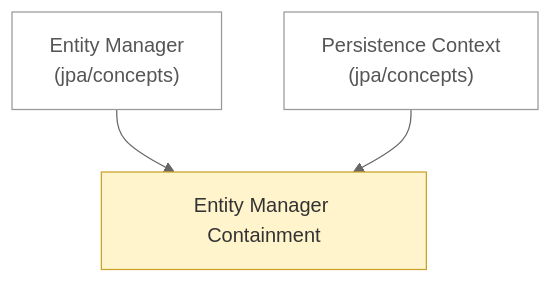
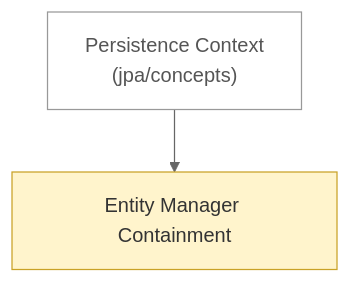
Before and after one commit to Pizza-Mozzarella/self-learning: the diagram in notes/backend/jpa/architecture/README.md, drawn with Mermaid (neutral theme). The commit also changed other lines of this file and 13 other files, not shown here.

````diff
--- a/notes/backend/jpa/architecture/README.md
+++ b/notes/backend/jpa/architecture/README.md
@@ -6,12 +6,10 @@
 ```mermaid
 flowchart TD
     n0["Entity Manager Containment"]:::draft
-    n1["Entity Manager<br/>(jpa/concepts)"]:::ext
-    n2["Persistence Context<br/>(jpa/concepts)"]:::ext
+    n1["Persistence Context<br/>(jpa/concepts)"]:::ext
     n1 --> n0
-    n2 --> n0
     classDef stub fill:#eeeeee,stroke:#999999,stroke-dasharray:4 3,color:#555555
     classDef draft fill:#fff4cc,stroke:#c9a227,color:#333333
     classDef ok fill:#d8f0dc,stroke:#3a9d5d,color:#222222
     classDef ext fill:#ffffff,stroke:#999999,color:#555555
 ```
````
